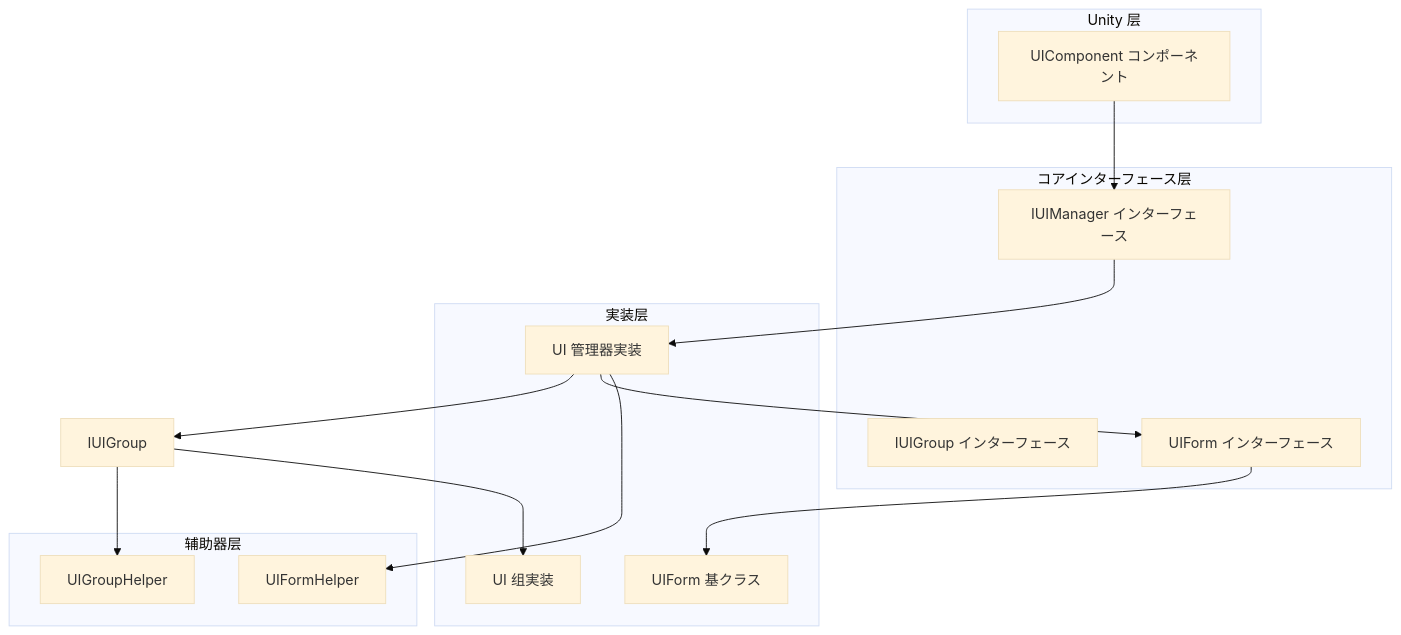
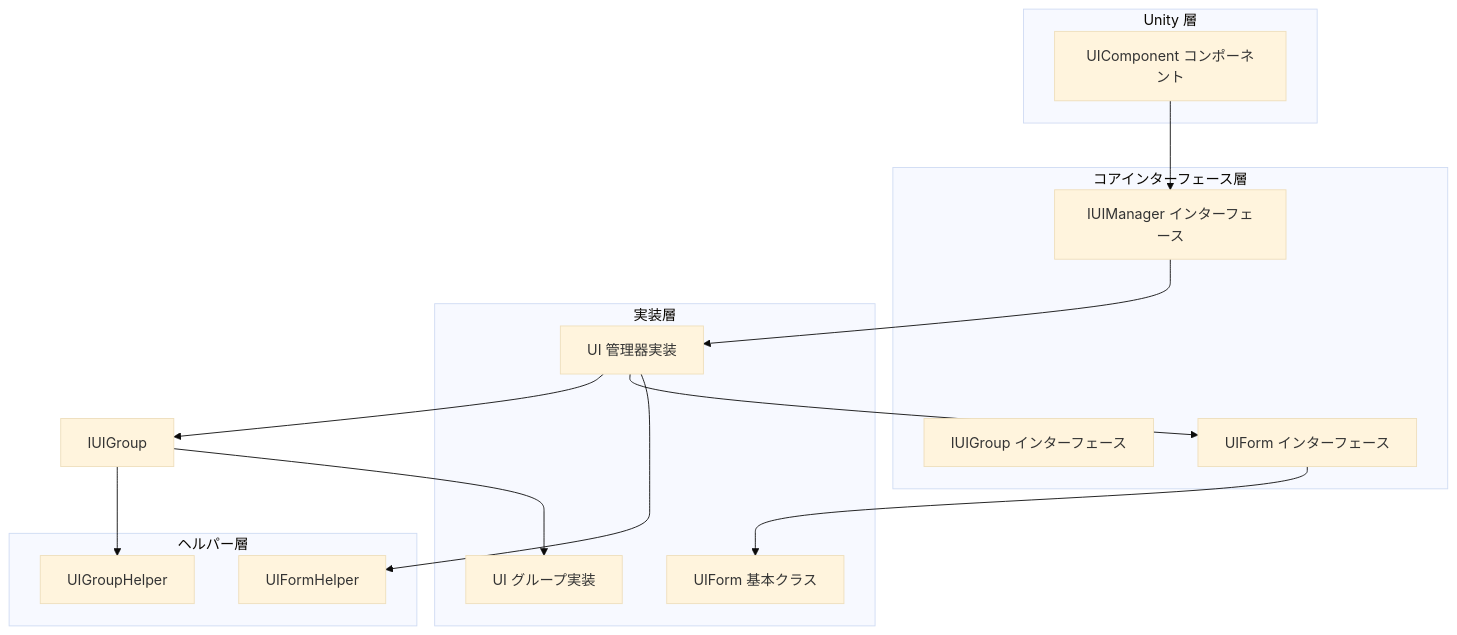
Before and after one commit to AlianBlank/GameFrameX.Docs: the first of 3 diagrams in docs/ja/client/unity/component/ui/03.getting-started.md, drawn with Mermaid (base theme). The commit also changed other lines of this file and 320 other files, not shown here.

````diff
--- a/docs/ja/client/unity/component/ui/03.getting-started.md
+++ b/docs/ja/client/unity/component/ui/03.getting-started.md
@@ -17,32 +17,32 @@
 ```mermaid
 graph TD
-    subgraph Unity层["Unity 层"]
+    subgraph Unity層["Unity 層"]
         UIComp[UIComponent コンポーネント]
     end
 
-    subgraph コアインターフェース层["コアインターフェース层"]
+    subgraph コアインターフェース層["コアインターフェース層"]
         IUIMgr[IUIManager インターフェース]
         IUIGrp[IUIGroup インターフェース]
         IUIForm[UIForm インターフェース]
     end
 
-    subgraph 実装层["実装层"]
+    subgraph 実装層["実装層"]
         UIMgrImpl[UI 管理器実装]
-        UIGroupImpl[UI 组実装]
-        UIFormBase[UIForm 基クラス]
+        UIGroupImpl[UI グループ実装]
+        UIFormBase[UIForm 基本クラス]
     end
 
-    subgraph 辅助器层["辅助器层"]
+    subgraph ヘルパー層["ヘルパー層"]
         FormHelper[UIFormHelper]
         GroupHelper[UIGroupHelper]
     end
 
     UIComp --> IUIMgr
     IUIMgr --> UIMgrImpl
     UIMgrImpl --> IUIGroup
     IUIGroup --> UIGroupImpl
     UIMgrImpl --> IUIForm
     IUIForm --> UIFormBase
     UIMgrImpl --> FormHelper
     IUIGroup --> GroupHelper
 ```
````
